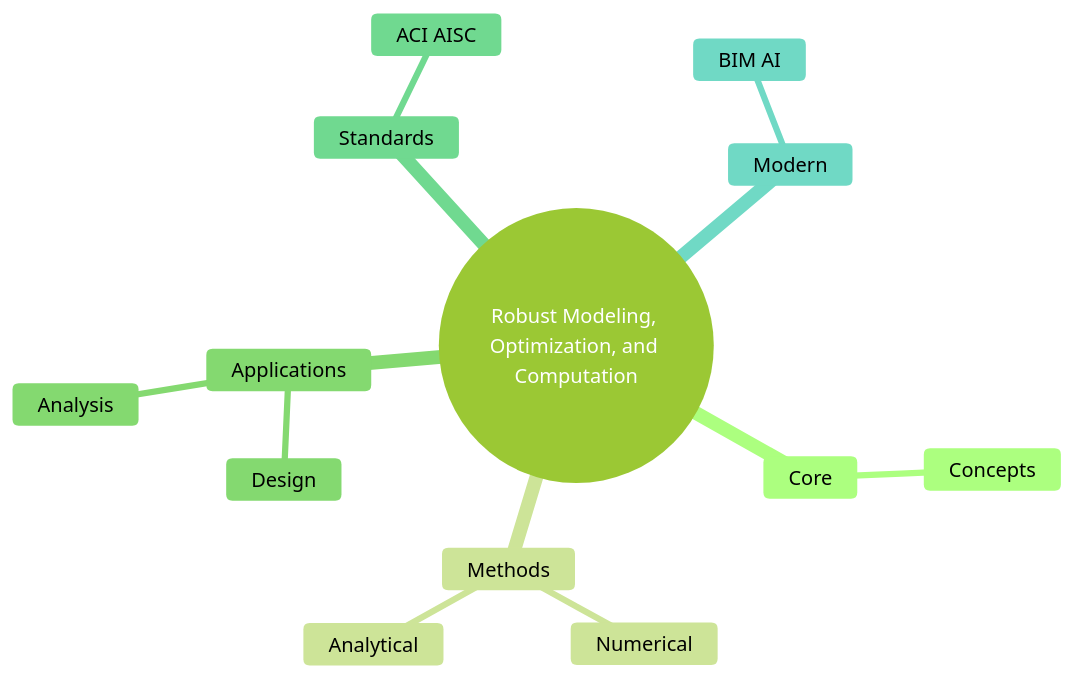
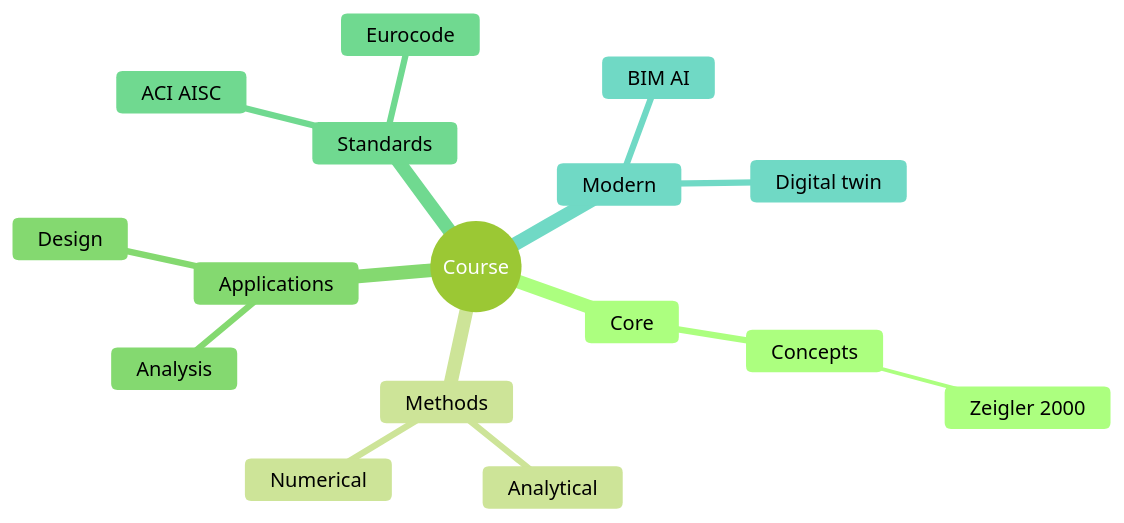
Before and after one commit to yip-lgtm/civil-bootcamp: the second of 6 diagrams in MIT_CEE_MEng_SMD/12_1.142_Robust_Modeling_Optimization_Computation.md, drawn with Mermaid (forest theme). The commit also changed other lines of this file and 56 other files, not shown here.

````diff
--- a/MIT_CEE_MEng_SMD/12_1.142_Robust_Modeling_Optimization_Computation.md
+++ b/MIT_CEE_MEng_SMD/12_1.142_Robust_Modeling_Optimization_Computation.md
@@ -265,16 +445,19 @@
 ```mermaid
 mindmap
-    root((Robust Modeling, Optimization, and Computation))
-      Core
-        Concepts
-      Methods
-        Analytical
-        Numerical
-      Applications
-        Design
-        Analysis
-      Standards
-        ACI AISC
-      Modern
-        BIM AI
+  root((Course))
+    Core
+      Concepts
+        Zeigler 2000
+    Methods
+      Analytical
+      Numerical
+    Applications
+      Design
+      Analysis
+    Standards
+      ACI AISC
+      Eurocode
+    Modern
+      BIM AI
+      Digital twin
 ```
````
